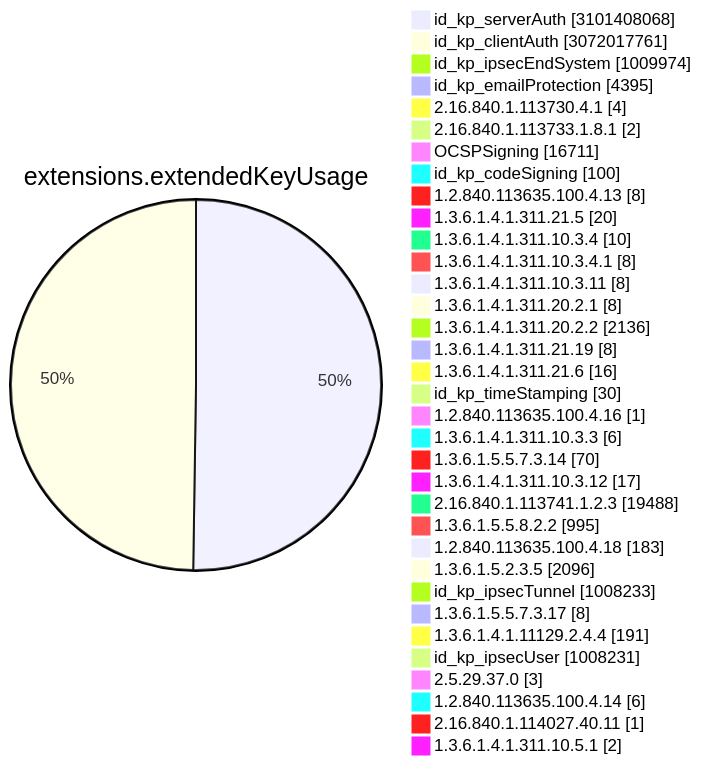
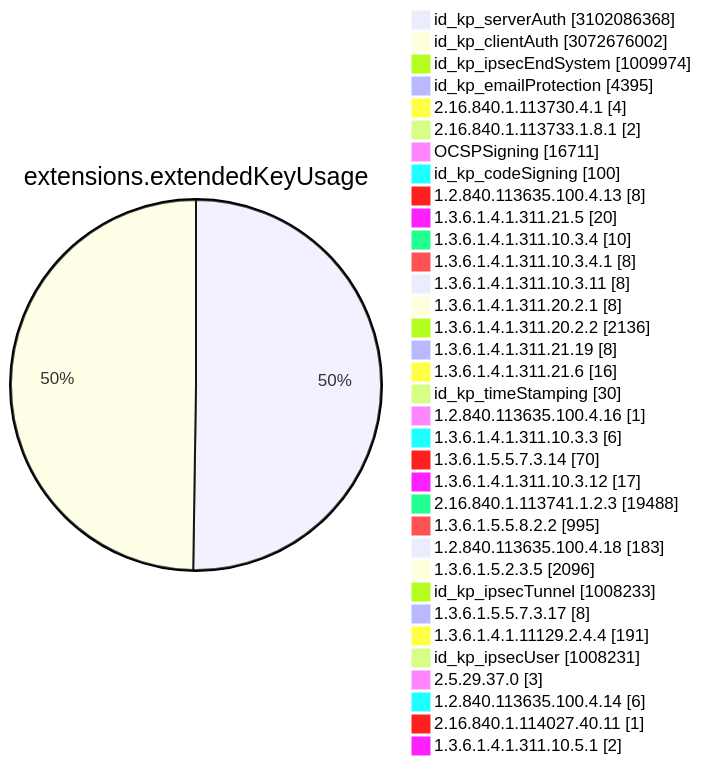
Before and after one commit to christiankrug/ctmonitor_visualization: diagram 11 of 15 in TOTAL/README.md, drawn with Mermaid. The commit also changed other lines of this file, not shown here.

````diff
--- a/TOTAL/README.md
+++ b/TOTAL/README.md
@@ -4119,38 +4119,38 @@
 ```mermaid
 pie showData
 title extensions.extendedKeyUsage
-"id_kp_serverAuth" :3101408068
-"id_kp_clientAuth" :3072017761
+"id_kp_serverAuth" :3102086368
+"id_kp_clientAuth" :3072676002
 "id_kp_ipsecEndSystem" :1009974
 "id_kp_emailProtection" :4395
 "2.16.840.1.113730.4.1" :4
 "2.16.840.1.113733.1.8.1" :2
 "OCSPSigning" :16711
 "id_kp_codeSigning" :100
 "1.2.840.113635.100.4.13" :8
 "1.3.6.1.4.1.311.21.5" :20
 "1.3.6.1.4.1.311.10.3.4" :10
 "1.3.6.1.4.1.311.10.3.4.1" :8
 "1.3.6.1.4.1.311.10.3.11" :8
 "1.3.6.1.4.1.311.20.2.1" :8
 "1.3.6.1.4.1.311.20.2.2" :2136
 "1.3.6.1.4.1.311.21.19" :8
 "1.3.6.1.4.1.311.21.6" :16
 "id_kp_timeStamping" :30
 "1.2.840.113635.100.4.16" :1
 "1.3.6.1.4.1.311.10.3.3" :6
 "1.3.6.1.5.5.7.3.14" :70
 "1.3.6.1.4.1.311.10.3.12" :17
 "2.16.840.1.113741.1.2.3" :19488
 "1.3.6.1.5.5.8.2.2" :995
 "1.2.840.113635.100.4.18" :183
 "1.3.6.1.5.2.3.5" :2096
 "id_kp_ipsecTunnel" :1008233
 "1.3.6.1.5.5.7.3.17" :8
 "1.3.6.1.4.1.11129.2.4.4" :191
 "id_kp_ipsecUser" :1008231
 "2.5.29.37.0" :3
 "1.2.840.113635.100.4.14" :6
 "2.16.840.1.114027.40.11" :1
 "1.3.6.1.4.1.311.10.5.1" :2
 ```
````
